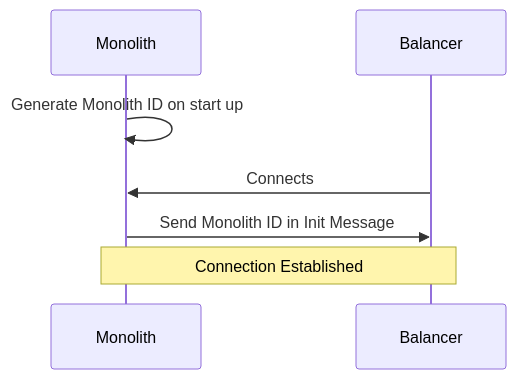
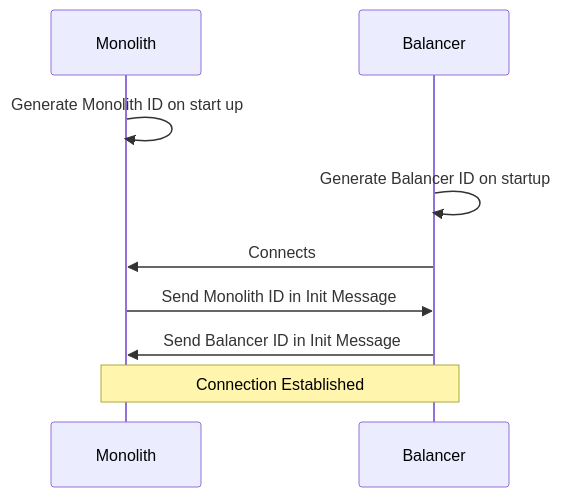
Before and after one commit to dyc3/senior-design: the diagram in figures/monolith-id-sequence.mmd, drawn with Mermaid. The commit also changed other lines of this file and 2 other files, not shown here.

Commit message:
sequence diagram demonstrating generation of balancerID (#309)

```diff
--- a/figures/monolith-id-sequence.mmd
+++ b/figures/monolith-id-sequence.mmd
@@ -1,8 +1,10 @@
 sequenceDiagram
     participant Monolith
     participant Balancer
 
     Monolith->>Monolith: Generate Monolith ID on start  up
+    Balancer->>Balancer: Generate Balancer ID on startup
     Balancer->>Monolith: Connects
     Monolith->>Balancer: Send Monolith ID in Init Message
+    Balancer->>Monolith: Send Balancer ID in Init Message
     Note over Monolith,Balancer: Connection Established
```
